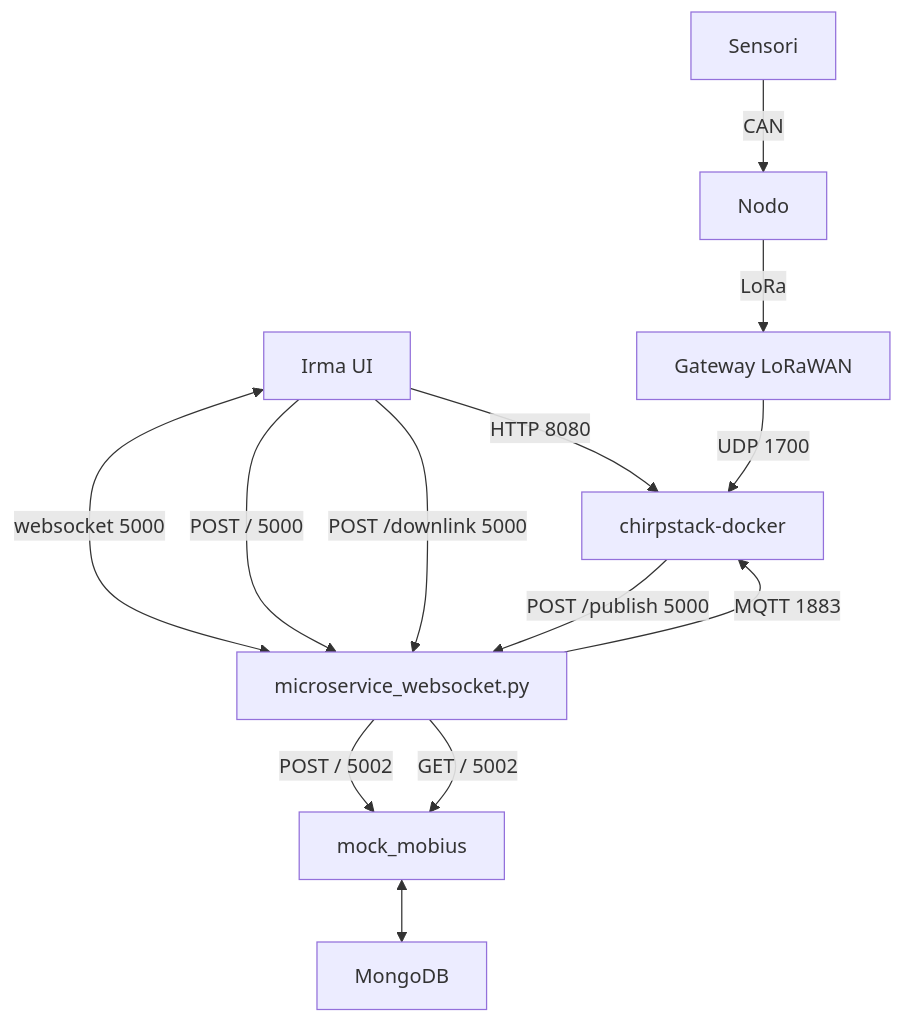
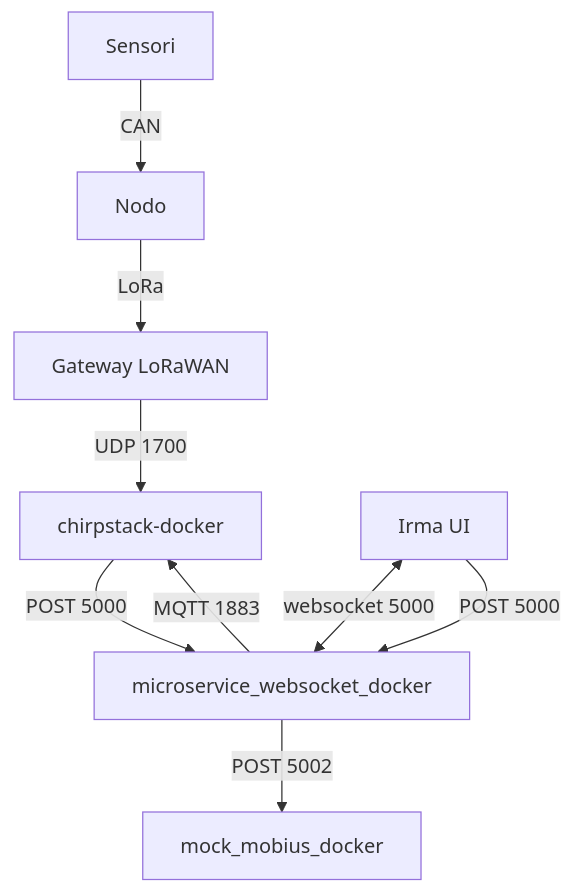
The first of 6 diagrams in README.md (monemasrl/irma), drawn with Mermaid before and after one commit. The commit also changed other lines of this file and 2 other files, not shown here.

````diff
--- a/README.md
+++ b/README.md
@@ -8,26 +11,21 @@
 ```mermaid
 graph TD;
 
 chirpstack[chirpstack-docker]
-msw[microservice_websocket.py]
-mm[mock_mobius]
-db[MongoDB]
+msw[microservice_websocket_docker]
+mm[mock_mobius_docker]
 irma-ui[Irma UI]
 
 gateway[Gateway LoRaWAN]
 nodo[Nodo]
 sensori[Sensori]
 
-chirpstack -- POST /publish 5000 --> msw
-msw -- POST / 5002 --> mm
-msw -- GET / 5002 --> mm
-mm <--> db
+chirpstack -- POST 5000 --> msw
+msw -- POST 5002 --> mm
 irma-ui <-- websocket 5000 --> msw
-irma-ui -- POST / 5000 --> msw
-irma-ui -- POST /downlink 5000 --> msw
-irma-ui -- HTTP 8080 --> chirpstack
+irma-ui -- POST 5000 --> msw
 msw -- MQTT 1883 --> chirpstack
 gateway -- UDP 1700 --> chirpstack
 nodo -- LoRa --> gateway
 sensori -- CAN --> nodo
 ```
````
